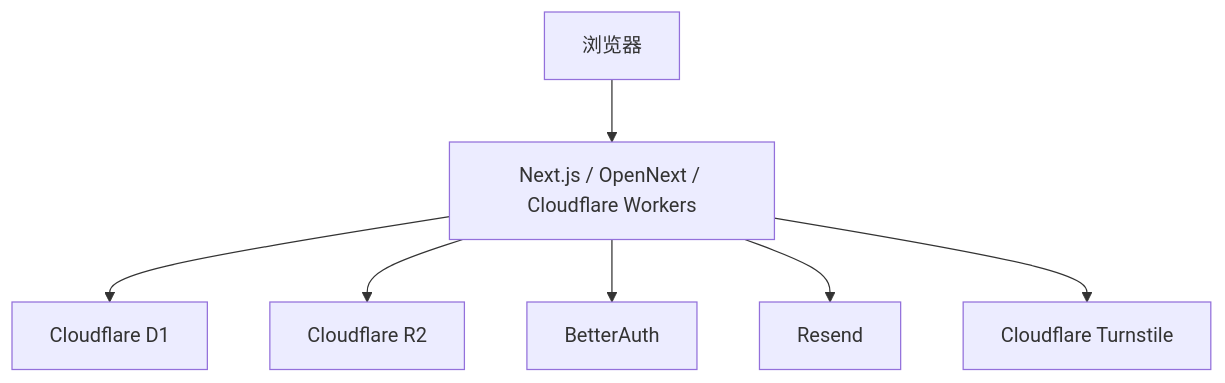
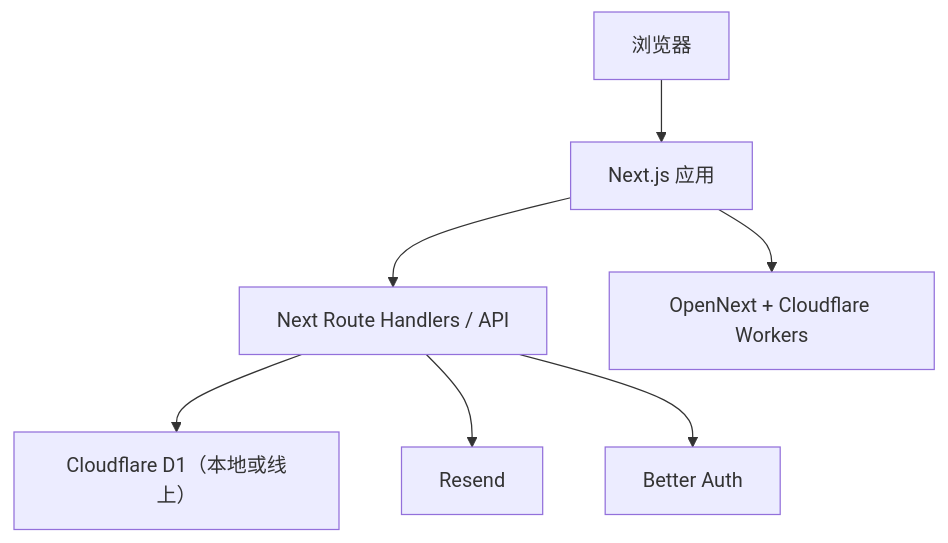
Before and after one commit to lindaro169/b2b-site-template-starter: the diagram in docs/ARCHITECTURE.md, drawn with Mermaid. The commit also changed other lines of this file and 107 other files, not shown here.

````diff
--- a/docs/ARCHITECTURE.md
+++ b/docs/ARCHITECTURE.md
@@ -5,9 +11,9 @@
 ```mermaid
 graph TD
-    浏览器 --> 应用["Next.js / OpenNext / Cloudflare Workers"]
-    应用 --> 数据库["Cloudflare D1"]
-    应用 --> 对象存储["Cloudflare R2"]
-    应用 --> 认证["BetterAuth"]
-    应用 --> 邮件["Resend"]
-    应用 --> 验证["Cloudflare Turnstile"]
+    浏览器 --> 应用["Next.js 应用"]
+    应用 --> 接口["Next Route Handlers / API"]
+    接口 --> 本地数据库["Cloudflare D1（本地或线上）"]
+    接口 --> 邮件["Resend"]
+    接口 --> 认证["Better Auth"]
+    应用 --> 部署["OpenNext + Cloudflare Workers"]
 ```
````
